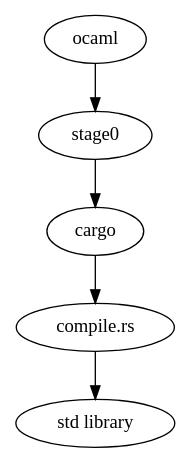
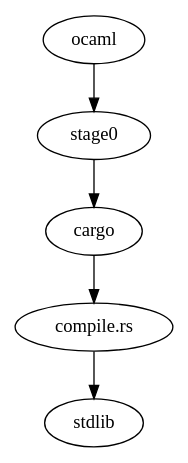
Before and after one commit to foxnewsnetwork/sandbox-machine: the fourth of 4 diagrams in packages/journal/2-start-jison.md, drawn with Graphviz. The commit also changed other lines of this file and 9 other files, not shown here.

````diff
--- a/packages/journal/2-start-jison.md
+++ b/packages/journal/2-start-jison.md
@@ -146,8 +160,8 @@
 ```dot
 digraph rust {
   ocaml -> stage0
   stage0 -> cargo
   cargo -> "compile.rs"
-  "compile.rs" -> "std library"
+  "compile.rs" -> "stdlib"
 }
 ```
````
